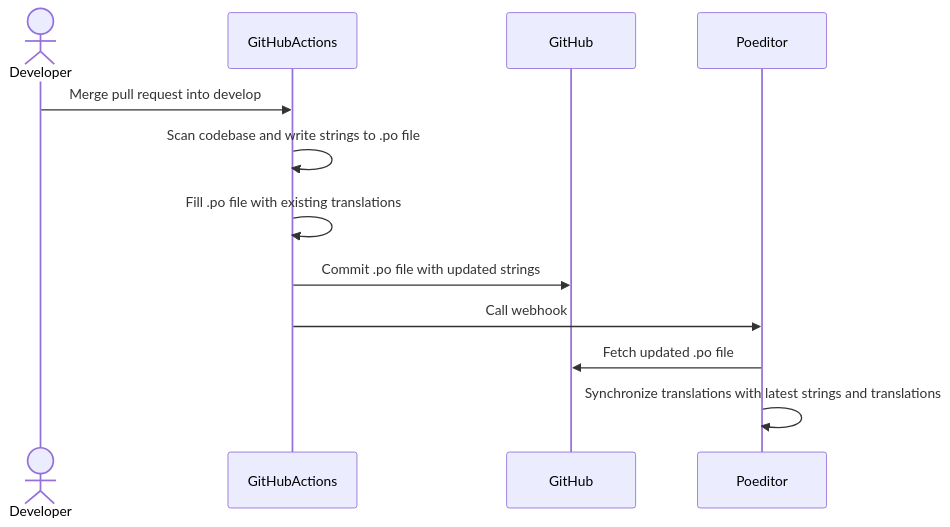
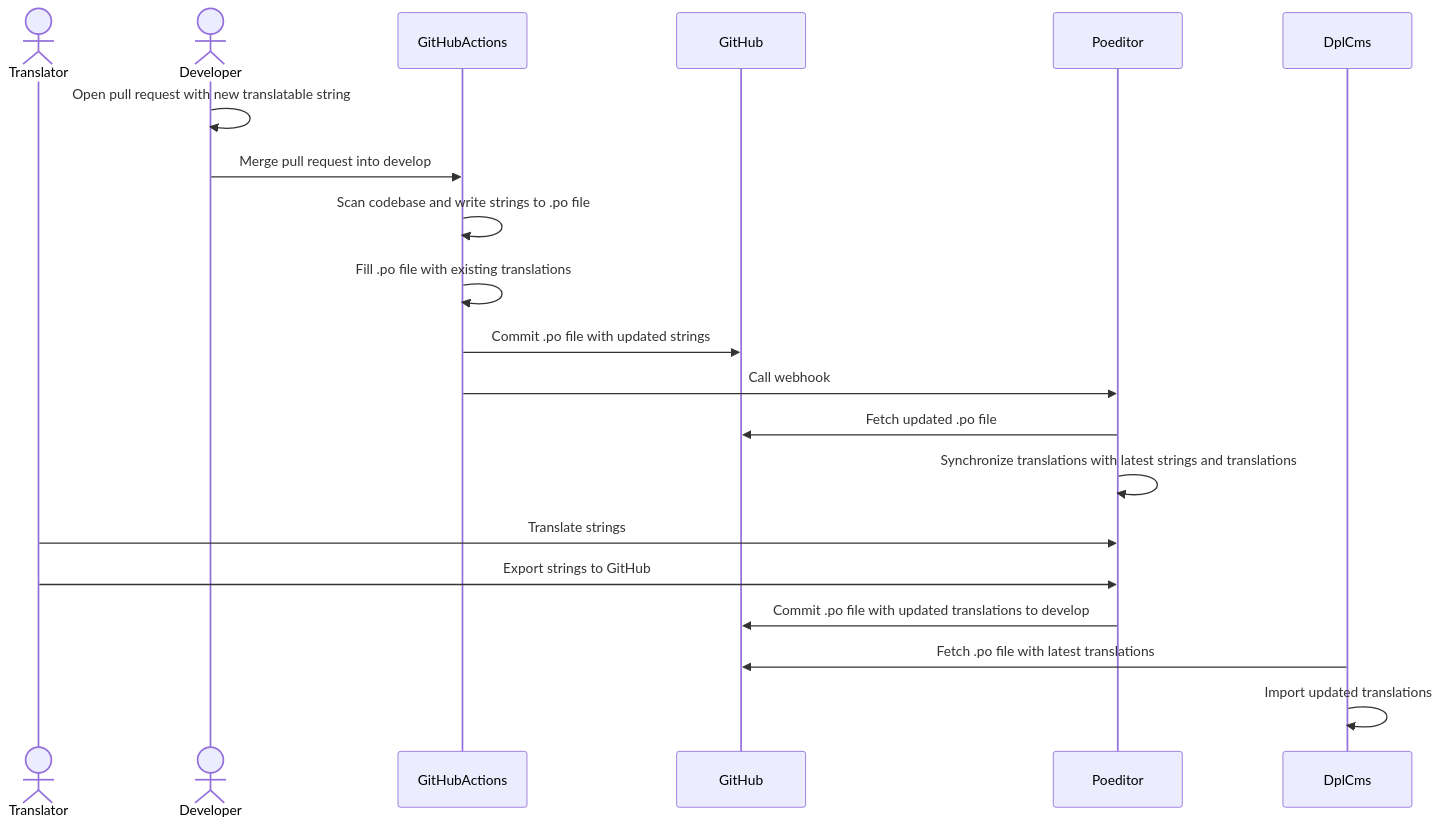
The diagram in cms/documentation/translation.md (danskernesdigitalebibliotek/dpl-web), drawn with Mermaid before and after one commit. The commit also changed other lines of this file, not shown here.

Commit message:
Merge translation sequence diagram to show the entire flow in one

````diff
--- a/cms/documentation/translation.md
+++ b/cms/documentation/translation.md
@@ -37,11 +38,18 @@
 ```mermaid
 sequenceDiagram
+  Actor Translator
   Actor Developer
+  Developer ->> Developer: Open pull request with new translatable string
   Developer ->> GitHubActions: Merge pull request into develop
   GitHubActions ->> GitHubActions: Scan codebase and write strings to .po file
   GitHubActions ->> GitHubActions: Fill .po file with existing translations
   GitHubActions ->> GitHub: Commit .po file with updated strings
   GitHubActions ->> Poeditor: Call webhook
   Poeditor ->> GitHub: Fetch updated .po file
   Poeditor ->> Poeditor: Synchronize translations with latest strings and translations
+  Translator ->> Poeditor: Translate strings
+  Translator ->> Poeditor: Export strings to GitHub
+  Poeditor ->> GitHub: Commit .po file with updated translations to develop
+  DplCms ->> GitHub: Fetch .po file with latest translations
+  DplCms ->> DplCms: Import updated translations
 ```
````
